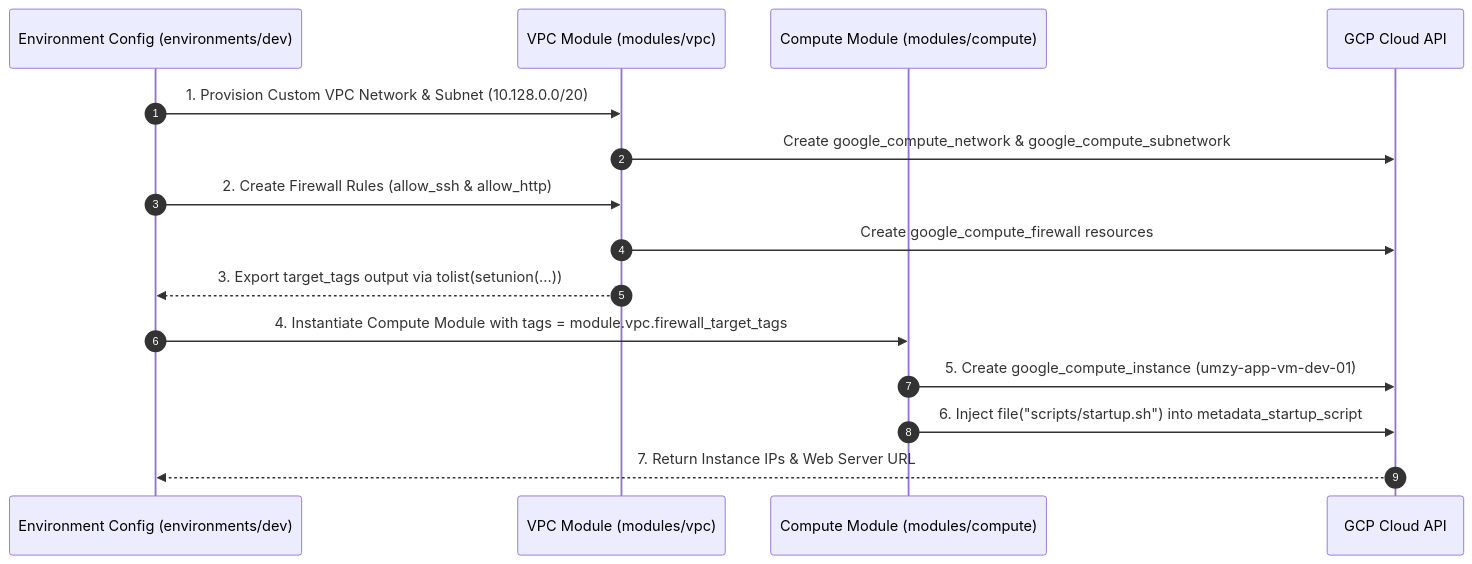
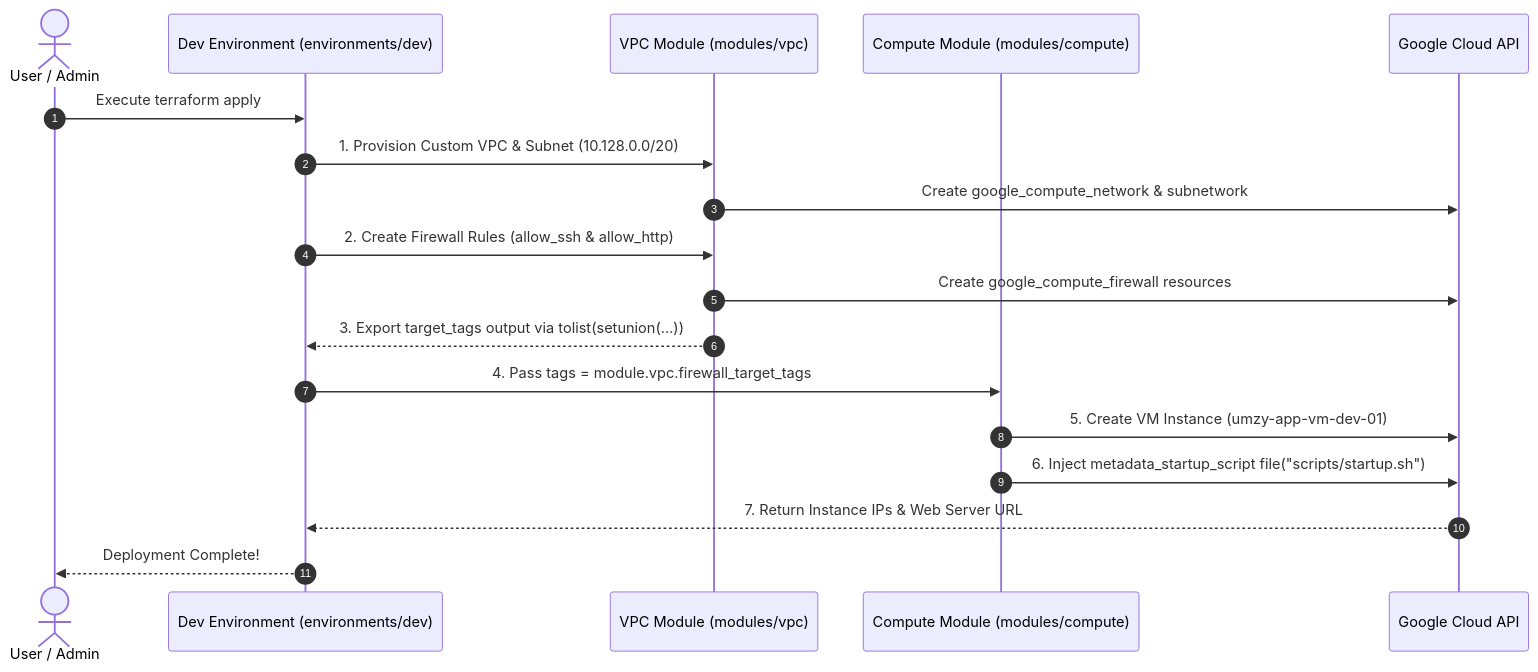
The second of 2 diagrams in README.md (umeshpoojary-gcp/gcp-project), drawn with Mermaid before and after one commit. The commit also changed other lines of this file and 1 other file, not shown here.

Commit message:
Fix README Mermaid syntax and embed architecture diagram image

````diff
--- a/README.md
+++ b/README.md
@@ -57,18 +68,21 @@
 ```mermaid
 sequenceDiagram
     autonumber
-    participant DevEnv as Environment Config (environments/dev)
-    participant VPCMod as VPC Module (modules/vpc)
-    participant ComputeMod as Compute Module (modules/compute)
-    participant GCP as GCP Cloud API
+    actor User as User / Admin
+    participant Dev as Dev Environment (environments/dev)
+    participant VPC as VPC Module (modules/vpc)
+    participant Compute as Compute Module (modules/compute)
+    participant GCP as Google Cloud API
 
-    DevEnv->>VPCMod: 1. Provision Custom VPC Network & Subnet (10.128.0.0/20)
-    VPCMod->>GCP: Create google_compute_network & google_compute_subnetwork
-    DevEnv->>VPCMod: 2. Create Firewall Rules (allow_ssh & allow_http)
-    VPCMod->>GCP: Create google_compute_firewall resources
-    VPCMod-->>DevEnv: 3. Export target_tags output via tolist(setunion(...))
-    DevEnv->>ComputeMod: 4. Instantiate Compute Module with tags = module.vpc.firewall_target_tags
-    ComputeMod->>GCP: 5. Create google_compute_instance (umzy-app-vm-dev-01)
-    ComputeMod->>GCP: 6. Inject file("scripts/startup.sh") into metadata_startup_script
-    GCP-->>DevEnv: 7. Return Instance IPs & Web Server URL
+    User->>Dev: Execute terraform apply
+    Dev->>VPC: 1. Provision Custom VPC & Subnet (10.128.0.0/20)
+    VPC->>GCP: Create google_compute_network & subnetwork
+    Dev->>VPC: 2. Create Firewall Rules (allow_ssh & allow_http)
+    VPC->>GCP: Create google_compute_firewall resources
+    VPC-->>Dev: 3. Export target_tags output via tolist(setunion(...))
+    Dev->>Compute: 4. Pass tags = module.vpc.firewall_target_tags
+    Compute->>GCP: 5. Create VM Instance (umzy-app-vm-dev-01)
+    Compute->>GCP: 6. Inject metadata_startup_script file("scripts/startup.sh")
+    GCP-->>Dev: 7. Return Instance IPs & Web Server URL
+    Dev-->>User: Deployment Complete!
 ```
````
